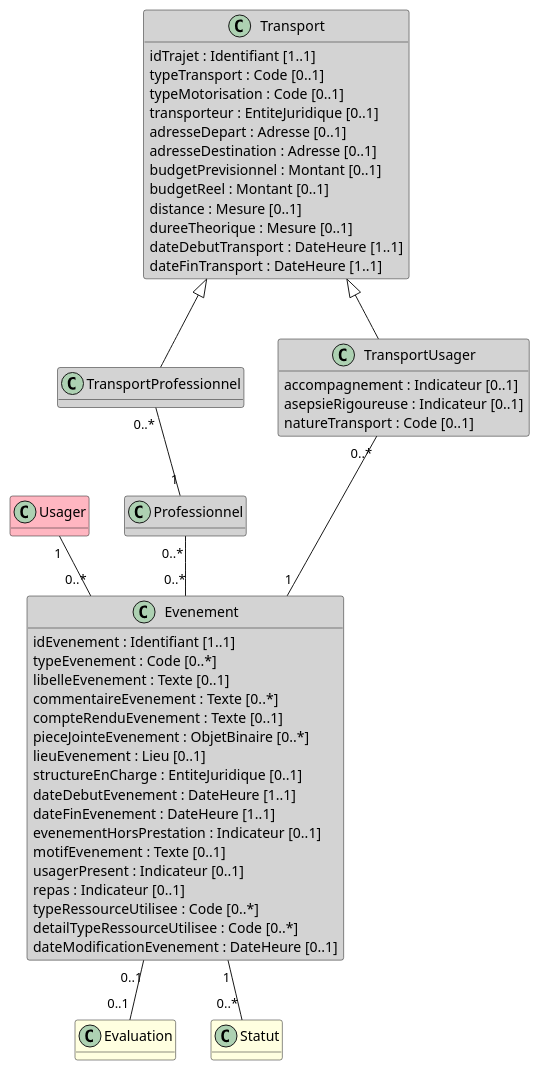
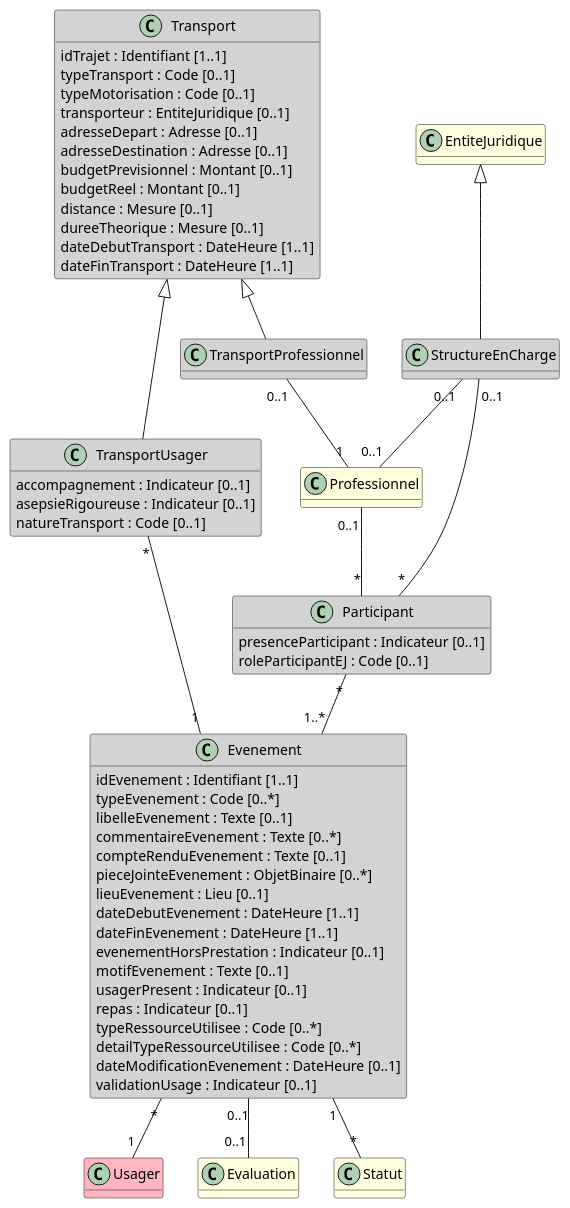
One commit to ansforge/IG-fhir-medicosocial-transfert-donnees-dui changed the diagram in input/images-source/bloc_evenement.plantuml. Above: the diagram before and after it, drawn with PlantUML. The commit also changed 8 other files, not shown here.

```diff
--- a/input/images-source/bloc_evenement.plantuml
+++ b/input/images-source/bloc_evenement.plantuml
@@ -1,66 +1,85 @@
 @startuml
 
 hide empty methods
 
 class Usager #LightPink
 
 class TransportProfessionnel #LightGray
 
 class Evaluation #LightYellow
 
-class Professionnel #LightGray 
+class Professionnel #LightYellow
+
+class EntiteJuridique #LightYellow
+
+class StructureEnCharge #LightGray
 
 class Statut #LightYellow 
 
 class Transport #LightGray {
     idTrajet : Identifiant [1..1]
     typeTransport : Code [0..1]
     typeMotorisation : Code [0..1]
     transporteur : EntiteJuridique [0..1]
     adresseDepart : Adresse [0..1]
     adresseDestination : Adresse [0..1]
     budgetPrevisionnel : Montant [0..1]
     budgetReel : Montant [0..1]
     distance : Mesure [0..1]
     dureeTheorique : Mesure [0..1]
     dateDebutTransport : DateHeure [1..1]
     dateFinTransport : DateHeure [1..1]
 }
 
 class TransportUsager #LightGray {
     accompagnement : Indicateur [0..1]
     asepsieRigoureuse : Indicateur [0..1]
     natureTransport : Code [0..1]
 }
 
 class Evenement #LightGray {
     idEvenement : Identifiant [1..1]
     typeEvenement : Code [0..*]
     libelleEvenement : Texte [0..1]
     commentaireEvenement : Texte [0..*]
     compteRenduEvenement : Texte [0..1]
     pieceJointeEvenement : ObjetBinaire [0..*]
     lieuEvenement : Lieu [0..1]
-    structureEnCharge : EntiteJuridique [0..1]
     dateDebutEvenement : DateHeure [1..1]
     dateFinEvenement : DateHeure [1..1]
     evenementHorsPrestation : Indicateur [0..1]
     motifEvenement : Texte [0..1]
     usagerPresent : Indicateur [0..1]
     repas : Indicateur [0..1]
     typeRessourceUtilisee : Code [0..*]
     detailTypeRessourceUtilisee : Code [0..*]
     dateModificationEvenement : DateHeure [0..1]
+    validationUsage : Indicateur [0..1]
 }
 
-Usager "1" -- "0..*" Evenement
-Professionnel "0..*" -- "0..*" Evenement
+class Participant #LightGray {
+    presenceParticipant : Indicateur [0..1]
+    roleParticipantEJ : Code [0..1]
+}
+
+Transport <|- TransportUsager
 Transport <|-- TransportProfessionnel
-Transport <|-- TransportUsager
-TransportUsager "0..*" -- "1" Evenement
-TransportProfessionnel "0..*" -- "1" Professionnel
-Evenement "0..1" -- "0..1" Evaluation
-Evenement "1" -- "0..*" Statut
+
+EntiteJuridique <|-- StructureEnCharge
+
+Evenement "*" -- "1" Usager
+Participant "*" -- "1..*" Evenement
+Professionnel "0..1" -- "*" Participant
 
 
+TransportUsager "*" -- "1" Evenement
+
+TransportProfessionnel "0..1" -- "1" Professionnel
+
+Evenement "0..1" -- "0..1" Evaluation
+Evenement "1" -- "*" Statut
+
+StructureEnCharge "0..1" -- "*" Participant
+StructureEnCharge "0..1" -- "0..1" Professionnel
+
 @enduml
```
